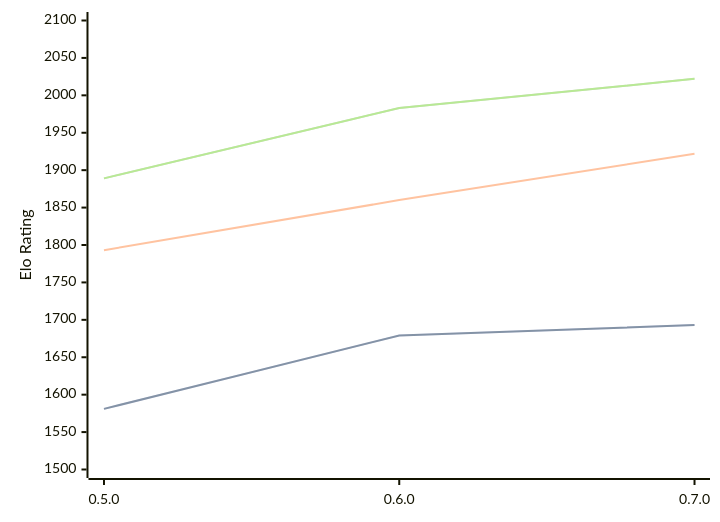
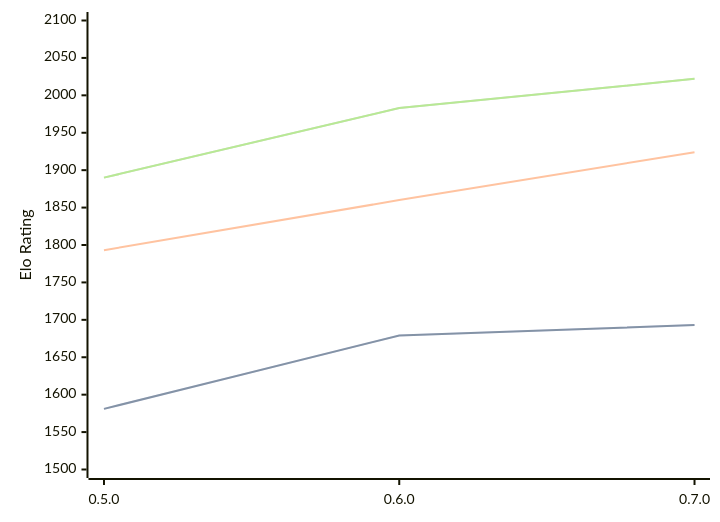
Before and after one commit to computer-chess-index/cci: the diagram in engines/Chess-rs.md, drawn with Mermaid. The commit also changed other lines of this file, not shown here.

Commit message:
Update CCI Ratings (ELO VLTC) - 2026-09-05

````diff
--- a/engines/Chess-rs.md
+++ b/engines/Chess-rs.md
@@ -33,11 +33,11 @@
 ```mermaid
 %%{init: {"theme":"base","themeVariables":{"seriesColors:['#a3a3a3','#222221','#faa371']}}}%%
 xychart-beta
   x-axis ["0.5.0", "0.6.0", "0.7.0"]
   y-axis "Elo Rating" 1500 --> 2100
   line "" [1581, 1679, 1693]
   line "STC (8.0+0.08s)" [1581, 1679, 1693]
-  line "LTC (60.0+0.60s)" [1793, 1860, 1922]
-  line "" [1889, 1983, 2022]
-  line "VLTC (2m24s+1.12s)" [1889, 1983, 2022]
+  line "LTC (60.0+0.60s)" [1793, 1860, 1924]
+  line "" [1890, 1983, 2022]
+  line "VLTC (2m24s+1.12s)" [1890, 1983, 2022]
 ```
````
